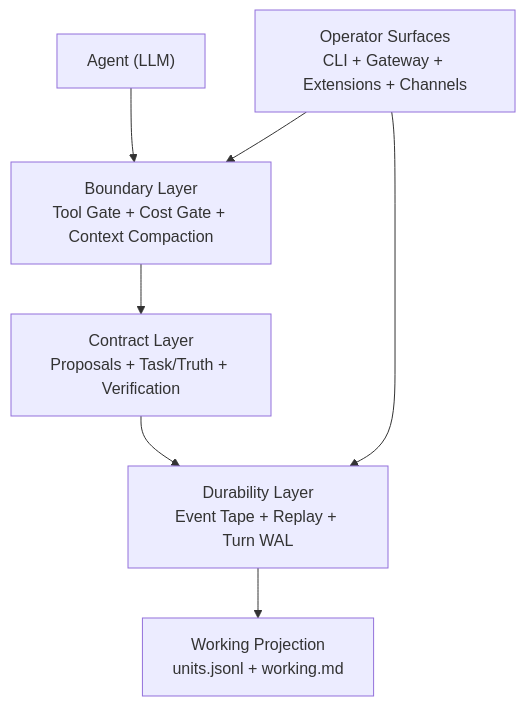
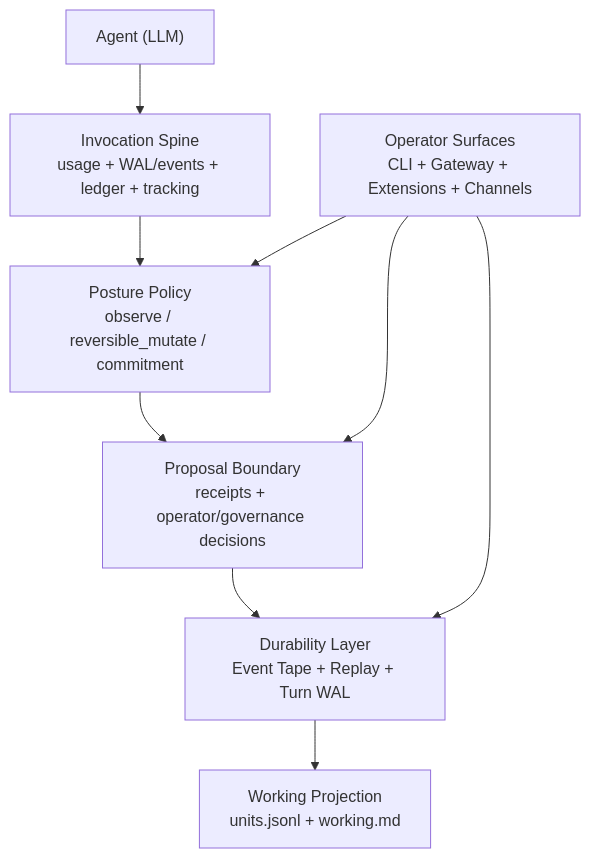
Before and after one commit to arcthur/pi-roaster: the diagram in README.md, drawn with Mermaid. The commit also changed other lines of this file and 52 other files, not shown here.

First line of the commit message:
refactor(runtime): land posture-governed invocation and replay-first approvals

````diff
--- a/README.md
+++ b/README.md
@@ -27,16 +29,19 @@
 ```mermaid
 flowchart TD
   AGENT["Agent (LLM)"]
-  BOUNDARY["Boundary Layer<br/>Tool Gate + Cost Gate + Context Compaction"]
-  CONTRACT["Contract Layer<br/>Proposals + Task/Truth + Verification"]
+  SPINE["Invocation Spine<br/>usage + WAL/events + ledger + tracking"]
+  POSTURE["Posture Policy<br/>observe / reversible_mutate / commitment"]
+  BOUNDARY["Proposal Boundary<br/>receipts + operator/governance decisions"]
   DURABILITY["Durability Layer<br/>Event Tape + Replay + Turn WAL"]
   PROJECTION["Working Projection<br/>units.jsonl + working.md"]
   OPERATORS["Operator Surfaces<br/>CLI + Gateway + Extensions + Channels"]
 
-  AGENT --> BOUNDARY
-  BOUNDARY --> CONTRACT
-  CONTRACT --> DURABILITY
+  AGENT --> SPINE
+  SPINE --> POSTURE
+  POSTURE --> BOUNDARY
+  BOUNDARY --> DURABILITY
   DURABILITY --> PROJECTION
+  OPERATORS --> POSTURE
   OPERATORS --> BOUNDARY
   OPERATORS --> DURABILITY
 ```
````
